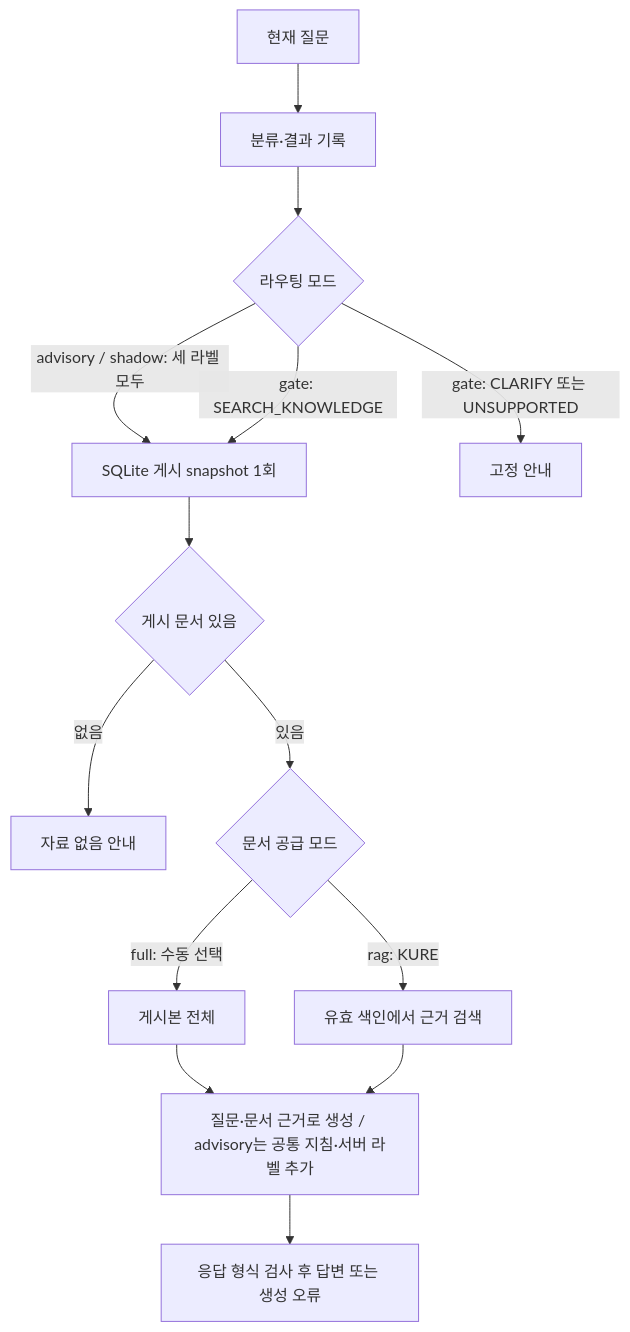
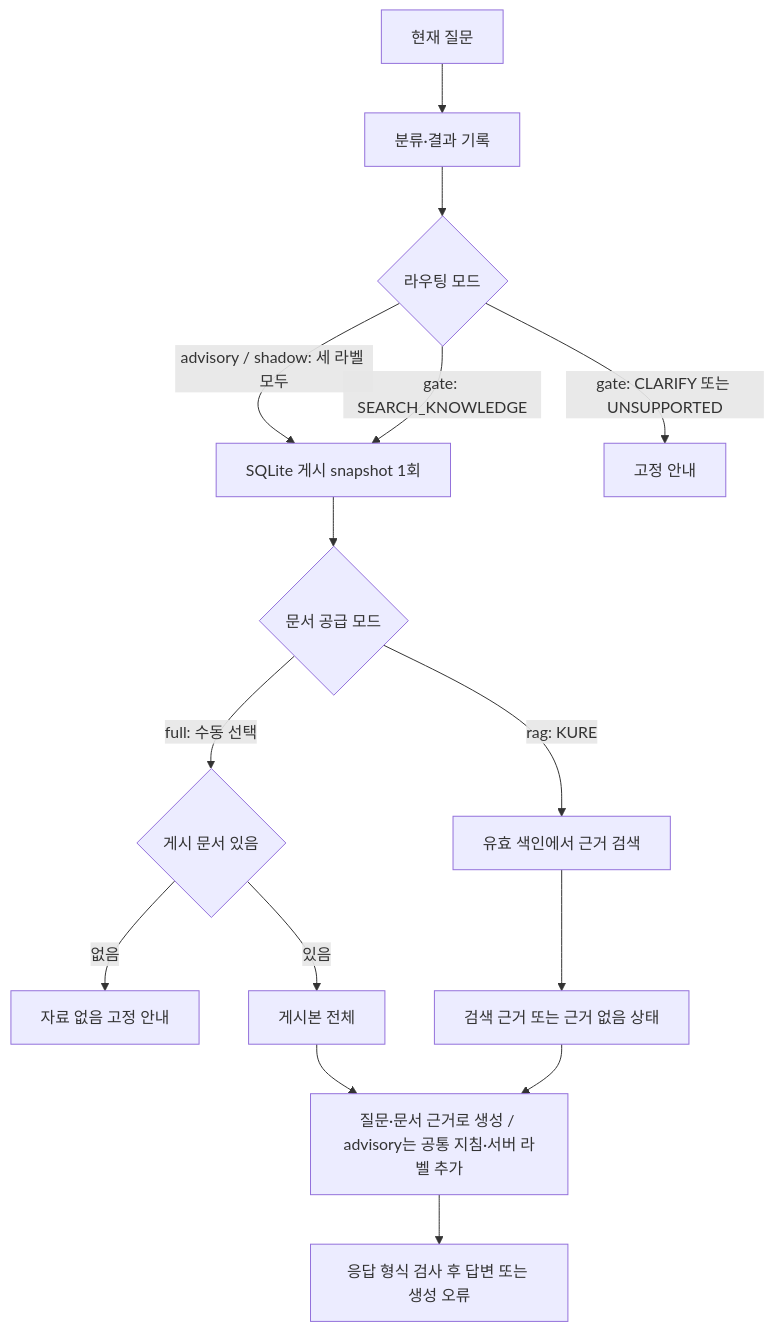
One commit to KANT-2nd-project/sanaebi changed the diagram in docs/service-architecture.md. Above: the diagram before and after it, drawn with Mermaid. The commit also changed other lines of this file and 15 other files, not shown here.

````diff
--- a/docs/service-architecture.md
+++ b/docs/service-architecture.md
@@ -43,16 +43,17 @@
 ```mermaid
 flowchart TD
     Q["현재 질문"] --> C["분류·결과 기록"]
     C --> M{"라우팅 모드"}
     M -->|"advisory / shadow: 세 라벨 모두"| D["SQLite 게시 snapshot 1회"]
     M -->|"gate: SEARCH_KNOWLEDGE"| D
     M -->|"gate: CLARIFY 또는 UNSUPPORTED"| G["고정 안내"]
-    D --> V{"게시 문서 있음"}
-    V -->|"없음"| N["자료 없음 안내"]
-    V -->|"있음"| R{"문서 공급 모드"}
-    R -->|"full: 수동 선택"| F["게시본 전체"]
+    D --> R{"문서 공급 모드"}
+    R -->|"full: 수동 선택"| V{"게시 문서 있음"}
+    V -->|"없음"| N["자료 없음 고정 안내"]
+    V -->|"있음"| F["게시본 전체"]
     R -->|"rag: KURE"| S["유효 색인에서 근거 검색"]
     F --> L["질문·문서 근거로 생성 / advisory는 공통 지침·서버 라벨 추가"]
-    S --> L
+    S --> E["검색 근거 또는 근거 없음 상태"]
+    E --> L
     L --> A["응답 형식 검사 후 답변 또는 생성 오류"]
 ```
````
